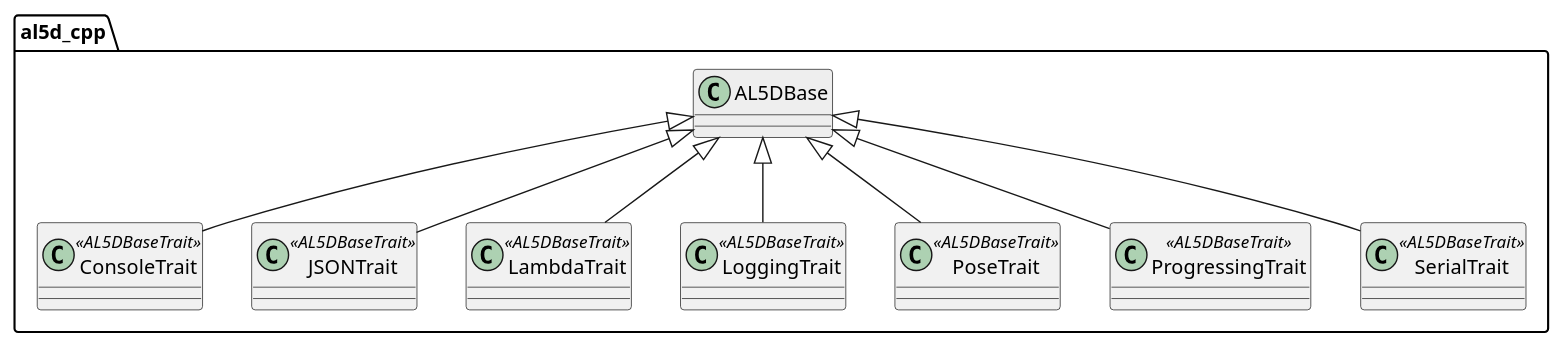
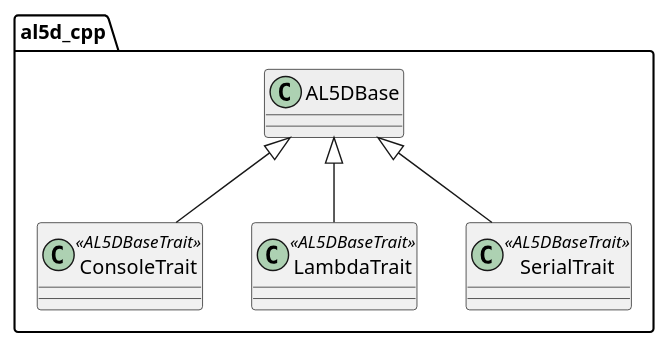
Before and after one commit to bscp/al5d_cpp: the diagram in doc/class_design_base_traits.puml, drawn with PlantUML. The commit also changed 8 other files, not shown here.

Commit message:
Update UML diagrams

```diff
--- a/doc/class_design_base_traits.puml
+++ b/doc/class_design_base_traits.puml
@@ -1,23 +1,15 @@
 @startuml
 
 namespace al5d_cpp {
     class AL5DBase #eee
 
     class ConsoleTrait<<AL5DBaseTrait>>
-    class JSONTrait<<AL5DBaseTrait>>
     class LambdaTrait<<AL5DBaseTrait>>
-    class LoggingTrait<<AL5DBaseTrait>>
-    class PoseTrait<<AL5DBaseTrait>>
-    class ProgressingTrait<<AL5DBaseTrait>>
     class SerialTrait<<AL5DBaseTrait>>
 
     AL5DBase <|-- ConsoleTrait
-    AL5DBase <|-- JSONTrait
     AL5DBase <|-- LambdaTrait
-    AL5DBase <|-- LoggingTrait
-    AL5DBase <|-- PoseTrait
-    AL5DBase <|-- ProgressingTrait
     AL5DBase <|-- SerialTrait
 }
 
 @enduml
```
